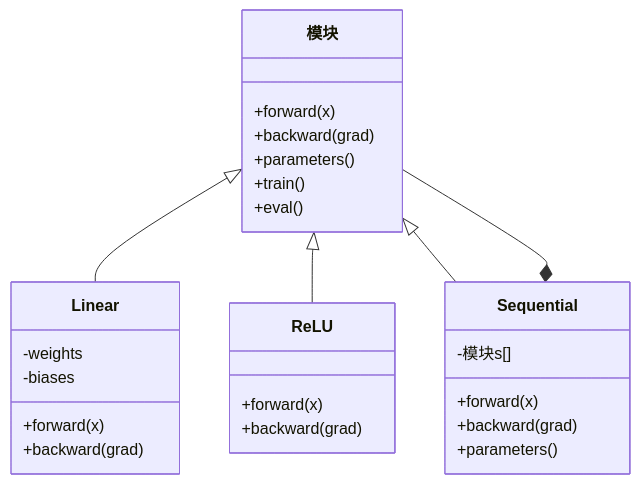
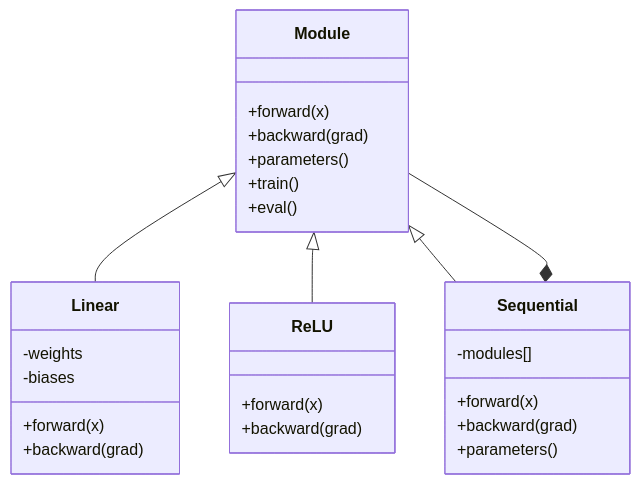
The third of 3 diagrams in phases/03-deep-learning-core/10-mini-framework/docs/zh.md (arwei944/ai-engineering-from-scratch), drawn with Mermaid before and after one commit. The commit also changed other lines of this file and 65 other files, not shown here.

````diff
--- a/phases/03-deep-learning-core/10-mini-framework/docs/zh.md
+++ b/phases/03-deep-learning-core/10-mini-framework/docs/zh.md
@@ -115,34 +115,34 @@
 ```mermaid
 classDiagram
-    class 模块 {
+    class Module {
         +forward(x)
         +backward(grad)
         +parameters()
         +train()
         +eval()
     }
 
     class Linear {
         -weights
         -biases
         +forward(x)
         +backward(grad)
     }
 
     class ReLU {
         +forward(x)
         +backward(grad)
     }
 
     class Sequential {
-        -模块s[]
+        -modules[]
         +forward(x)
         +backward(grad)
         +parameters()
     }
 
-    模块 <|-- Linear
-    模块 <|-- ReLU
-    模块 <|-- Sequential
-    Sequential *-- 模块
+    Module <|-- Linear
+    Module <|-- ReLU
+    Module <|-- Sequential
+    Sequential *-- Module
 ```
````
